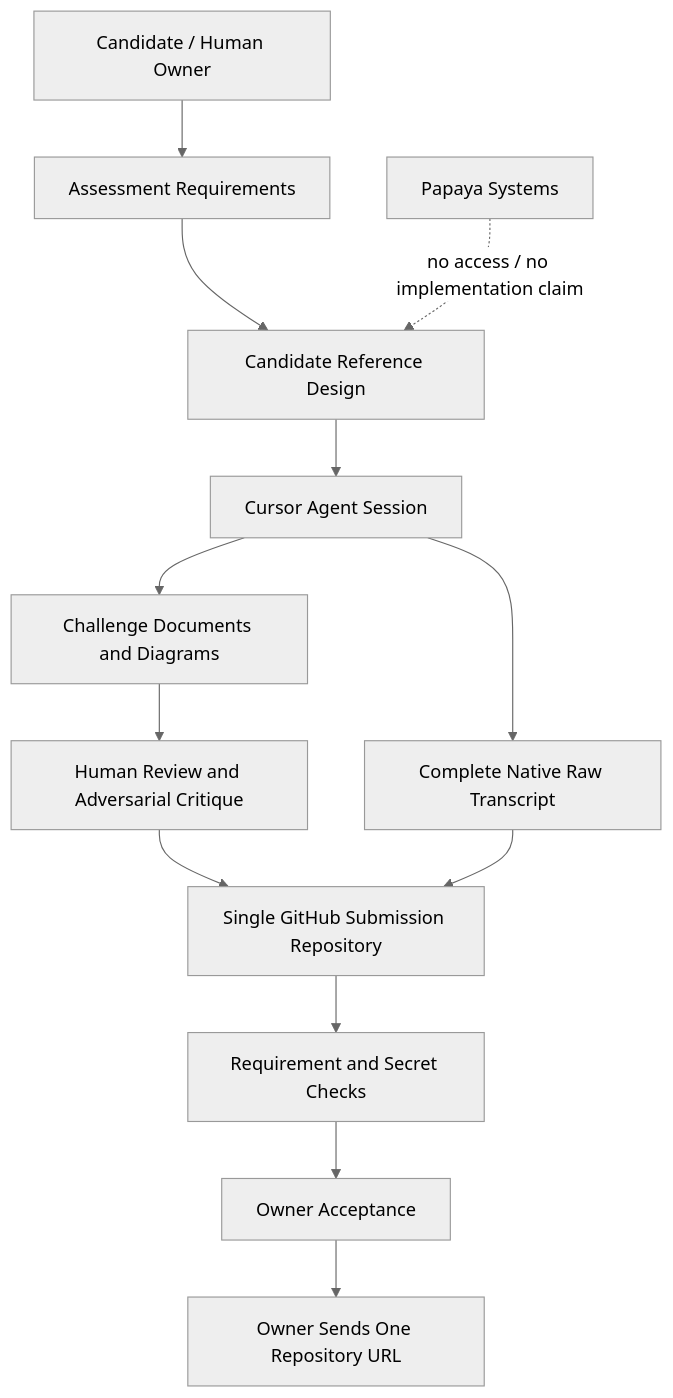
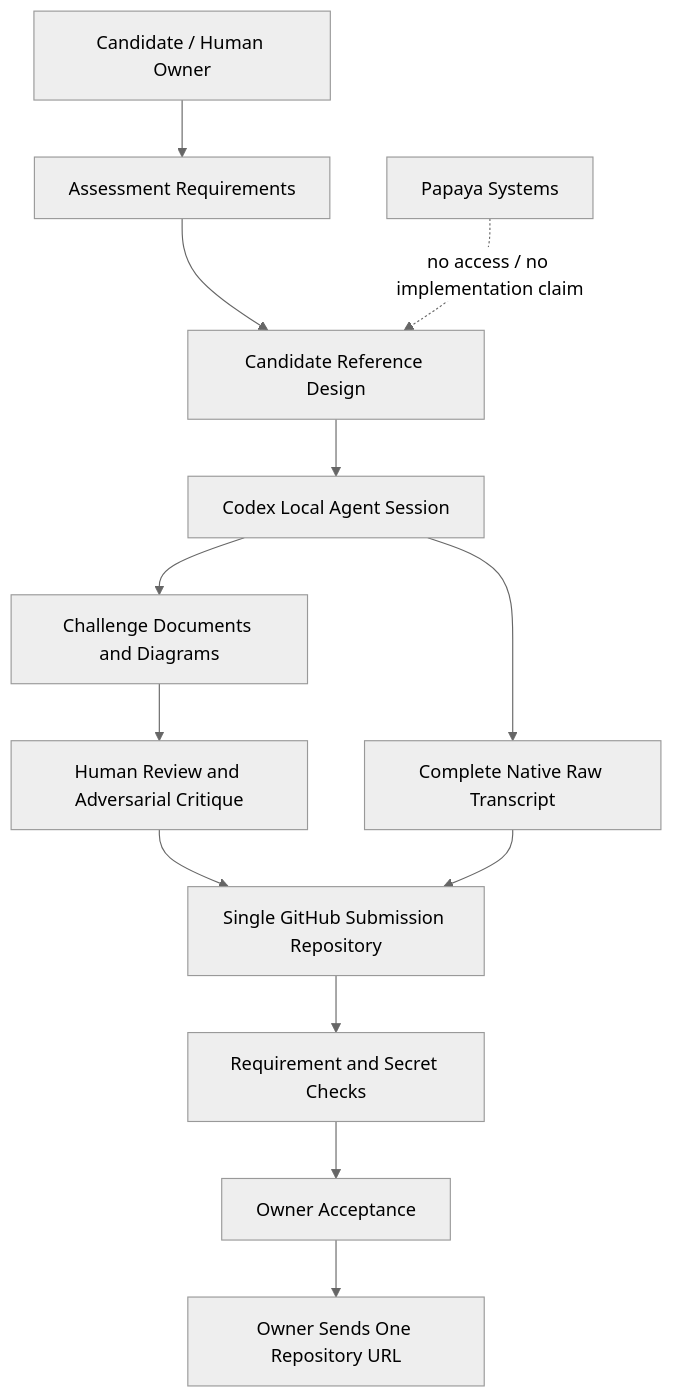
One commit to leminhphap26071995/ai-engineering-devsecops-takehome changed the diagram in 00-ai-engineering-workflow/diagrams/papaya-execution-flow.mmd. Above: the diagram before and after it, drawn with Mermaid (neutral theme). The commit also changed 8 other files, not shown here.

```diff
--- a/00-ai-engineering-workflow/diagrams/papaya-execution-flow.mmd
+++ b/00-ai-engineering-workflow/diagrams/papaya-execution-flow.mmd
@@ -1,13 +1,13 @@
 flowchart TD
  H[Candidate / Human Owner] --> GOAL[Assessment Requirements]
  GOAL --> DESIGN[Candidate Reference Design]
- DESIGN --> AGENT[Cursor Agent Session]
+ DESIGN --> AGENT[Codex Local Agent Session]
  AGENT --> DRAFT[Challenge Documents and Diagrams]
  DRAFT --> REVIEW[Human Review and Adversarial Critique]
  REVIEW --> REPO[Single GitHub Submission Repository]
  AGENT --> RAW[Complete Native Raw Transcript]
  RAW --> REPO
  REPO --> CHECK[Requirement and Secret Checks]
  CHECK --> ACCEPT[Owner Acceptance]
  ACCEPT --> SEND[Owner Sends One Repository URL]
  PAPAYA[Papaya Systems] -. no access / no implementation claim .-> DESIGN
```
